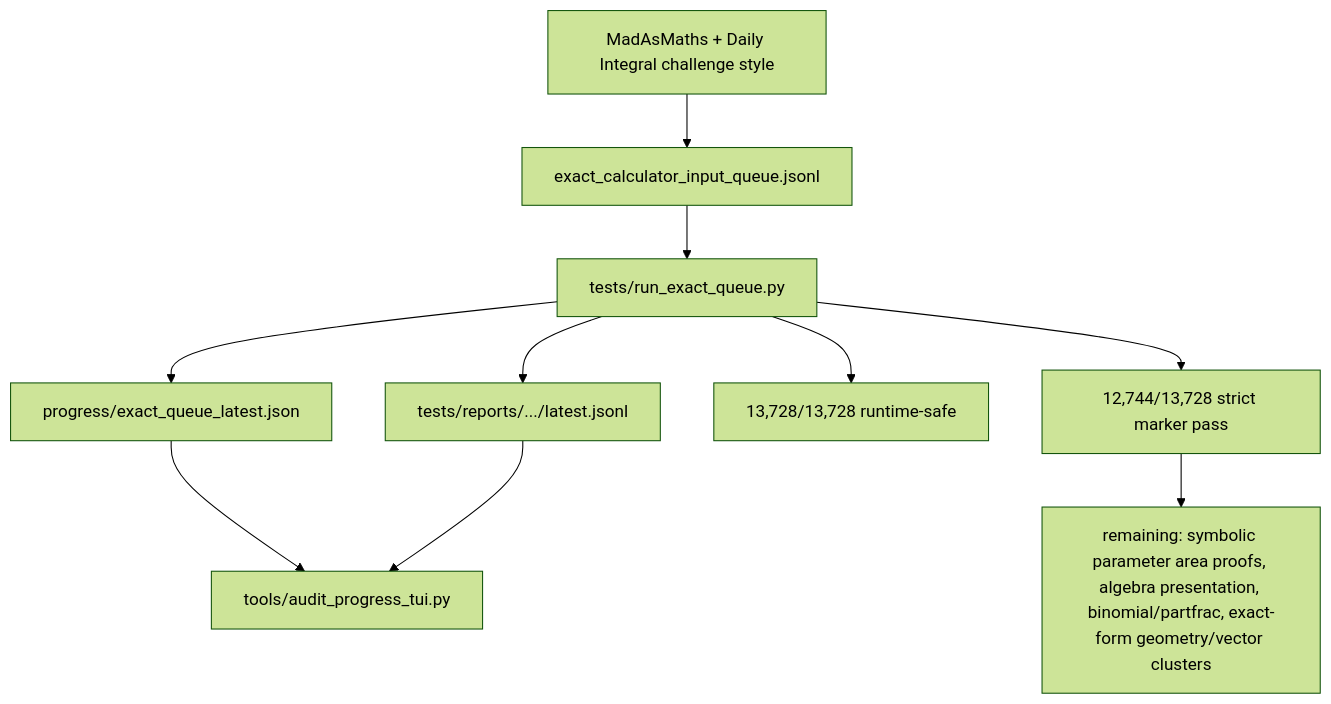
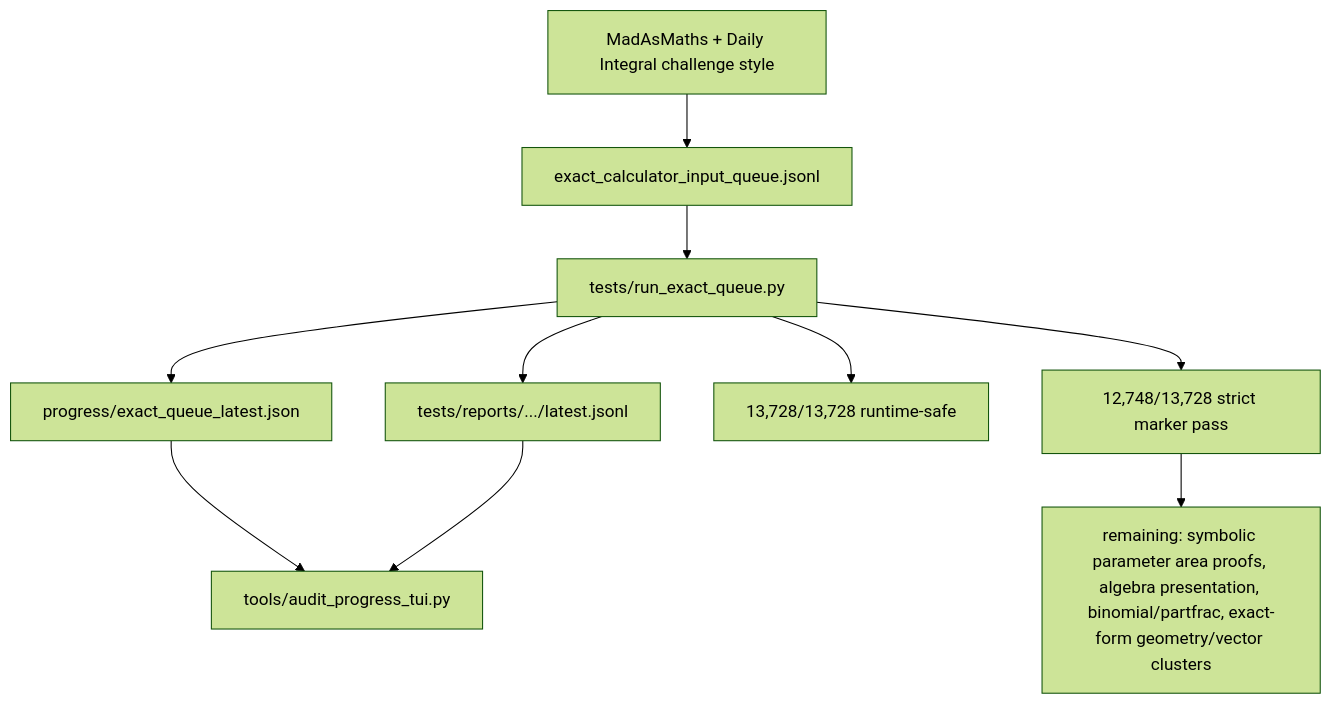
The fifth of 6 diagrams in docs/GRAPH.md (james8464/notes-addin-casio-fx-cg50), drawn with Mermaid (forest theme) before and after one commit. The commit also changed other lines of this file and 431 other files, not shown here.

````diff
--- a/docs/GRAPH.md
+++ b/docs/GRAPH.md
@@ -58,12 +58,12 @@
 ```mermaid
 graph TD
   Online["MadAsMaths + Daily Integral challenge style"] --> Queue["exact_calculator_input_queue.jsonl"]
   Queue --> Runner["tests/run_exact_queue.py"]
   Runner --> Live["progress/exact_queue_latest.json"]
   Runner --> Report["tests/reports/.../latest.jsonl"]
   Live --> TUI["tools/audit_progress_tui.py"]
   Report --> TUI
   Runner --> Runtime["13,728/13,728 runtime-safe"]
-  Runner --> Strict["12,744/13,728 strict marker pass"]
+  Runner --> Strict["12,748/13,728 strict marker pass"]
   Strict --> Remaining["remaining: symbolic parameter area proofs, algebra presentation, binomial/partfrac, exact-form geometry/vector clusters"]
 ```
````
